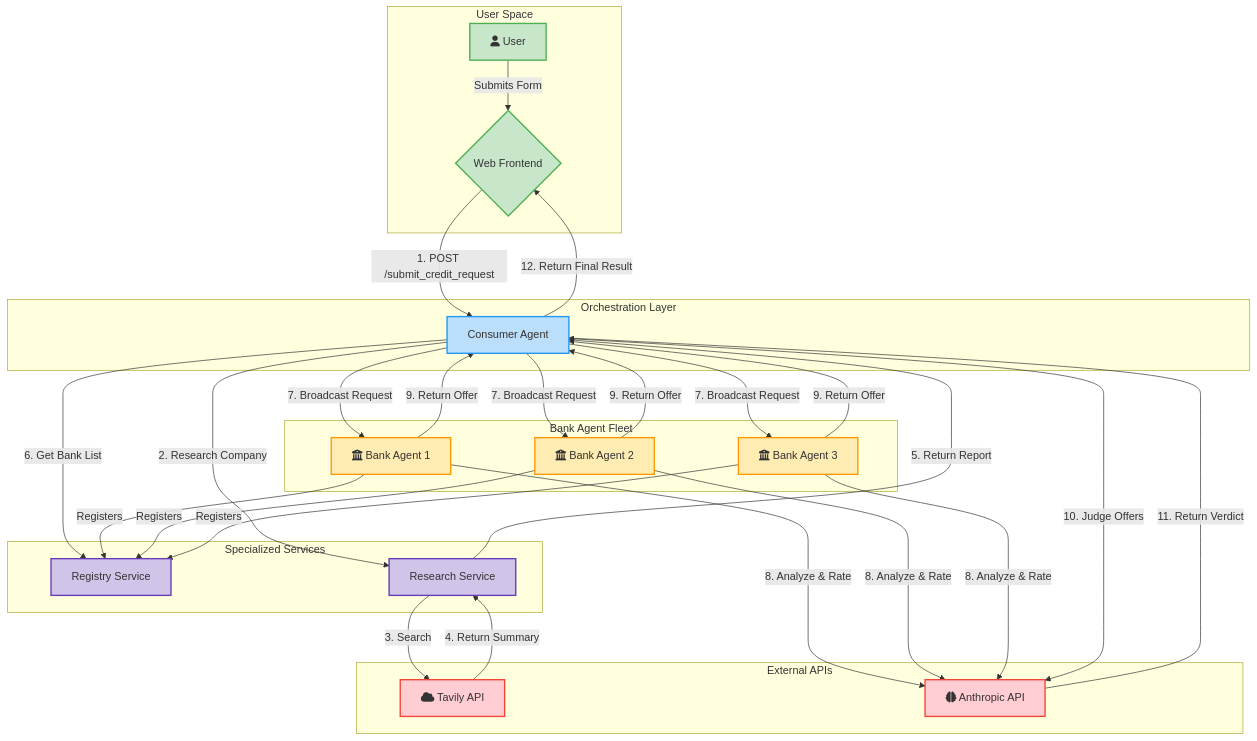
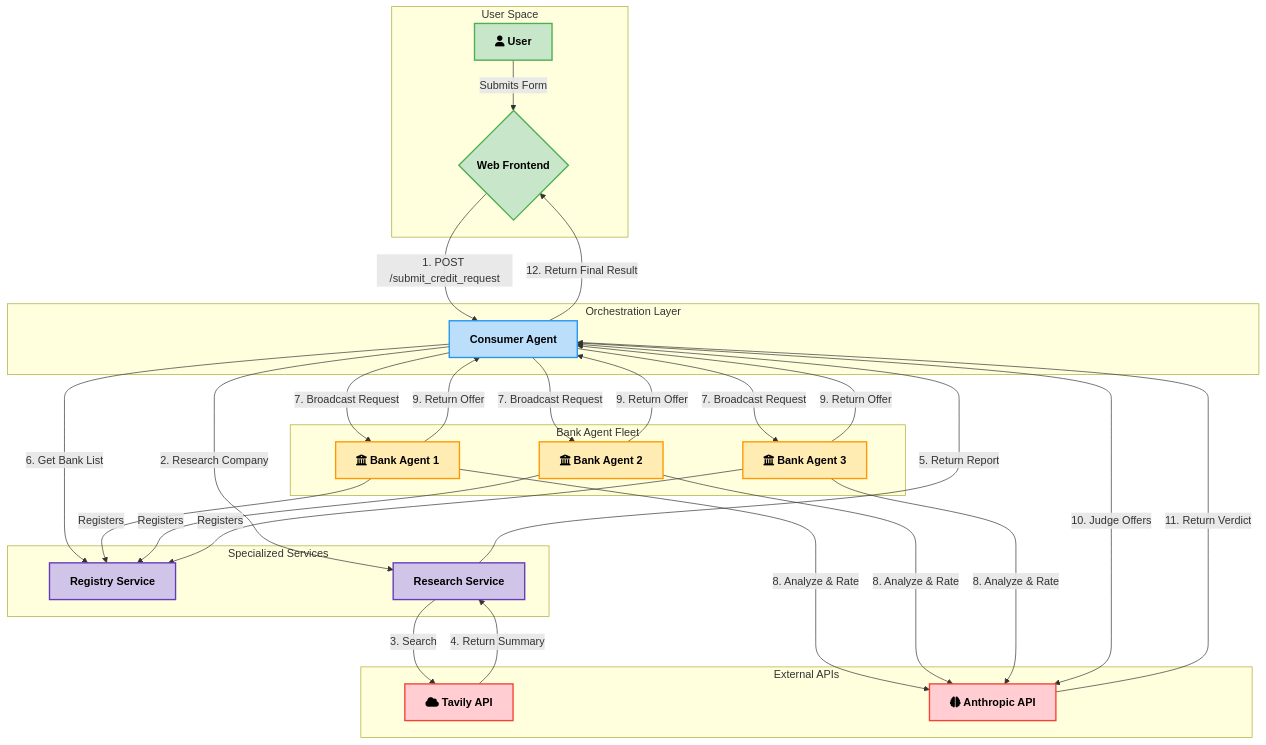
Before and after one commit to 01abhi01/AbhishekTest: the diagram in README.md, drawn with Mermaid.

````diff
--- a/README.md
+++ b/README.md
@@ -1,70 +1,70 @@
 ```mermaid
 flowchart TD
     %% Define Styles
-    classDef user fill:#C8E6C9,stroke:#4CAF50,stroke-width:2px;
-    classDef orchestrator fill:#BBDEFB,stroke:#2196F3,stroke-width:2px;
-    classDef service fill:#D1C4E9,stroke:#673AB7,stroke-width:2px;
-    classDef agent fill:#FFECB3,stroke:#FF9800,stroke-width:2px;
-    classDef external fill:#FFCDD2,stroke:#F44336,stroke-width:2px;
+    classDef user fill:#C8E6C9,stroke:#4CAF50,stroke-width:2px,font-weight:bold,color:black;
+    classDef orchestrator fill:#BBDEFB,stroke:#2196F3,stroke-width:2px,font-weight:bold,color:black;
+    classDef service fill:#D1C4E9,stroke:#673AB7,stroke-width:2px,font-weight:bold,color:black;
+    classDef agent fill:#FFECB3,stroke:#FF9800,stroke-width:2px,font-weight:bold,color:black;
+    classDef external fill:#FFCDD2,stroke:#F44336,stroke-width:2px,font-weight:bold,color:black;
 
     %% User Space
     subgraph User Space
         User[<i class='fa fa-user'></i> User]:::user
         WebUI{Web Frontend}:::user
     end
 
     %% Orchestration Layer
     subgraph Orchestration Layer
         ConsumerAgent[Consumer Agent]:::orchestrator
     end
 
     %% Specialized Services
     subgraph Specialized Services
         Registry[Registry Service]:::service
         ResearchSvc[Research Service]:::service
     end
     
     %% Bank Agent Fleet
     subgraph Bank Agent Fleet
         BankAgent1[<i class='fa fa-university'></i> Bank Agent 1]:::agent
         BankAgent2[<i class='fa fa-university'></i> Bank Agent 2]:::agent
         BankAgent3[<i class='fa fa-university'></i> Bank Agent 3]:::agent
     end
 
     %% External APIs
     subgraph External APIs
         TavilyAPI[<i class='fa fa-cloud'></i> Tavily API]:::external
         ClaudeAPI[<i class='fa fa-brain'></i> Anthropic API]:::external
     end
 
     %% Define Flows
     User -- "Submits Form" --> WebUI
     WebUI -- "1. POST /submit_credit_request" --> ConsumerAgent
     
     ConsumerAgent -- "2. Research Company" --> ResearchSvc
     ResearchSvc -- "3. Search" --> TavilyAPI
     TavilyAPI -- "4. Return Summary" --> ResearchSvc
     ResearchSvc -- "5. Return Report" --> ConsumerAgent
 
     ConsumerAgent -- "6. Get Bank List" --> Registry
     BankAgent1 -- "Registers" --> Registry
     BankAgent2 -- "Registers" --> Registry
     BankAgent3 -- "Registers" --> Registry
 
     ConsumerAgent -- "7. Broadcast Request" --> BankAgent1
     ConsumerAgent -- "7. Broadcast Request" --> BankAgent2
     ConsumerAgent -- "7. Broadcast Request" --> BankAgent3
 
     BankAgent1 -- "8. Analyze & Rate" --> ClaudeAPI
     BankAgent2 -- "8. Analyze & Rate" --> ClaudeAPI
     BankAgent3 -- "8. Analyze & Rate" --> ClaudeAPI
 
     BankAgent1 -- "9. Return Offer" --> ConsumerAgent
     BankAgent2 -- "9. Return Offer" --> ConsumerAgent
     BankAgent3 -- "9. Return Offer" --> ConsumerAgent
 
     ConsumerAgent -- "10. Judge Offers" --> ClaudeAPI
     ClaudeAPI -- "11. Return Verdict" --> ConsumerAgent
 
     ConsumerAgent -- "12. Return Final Result" --> WebUI
 ```
````
